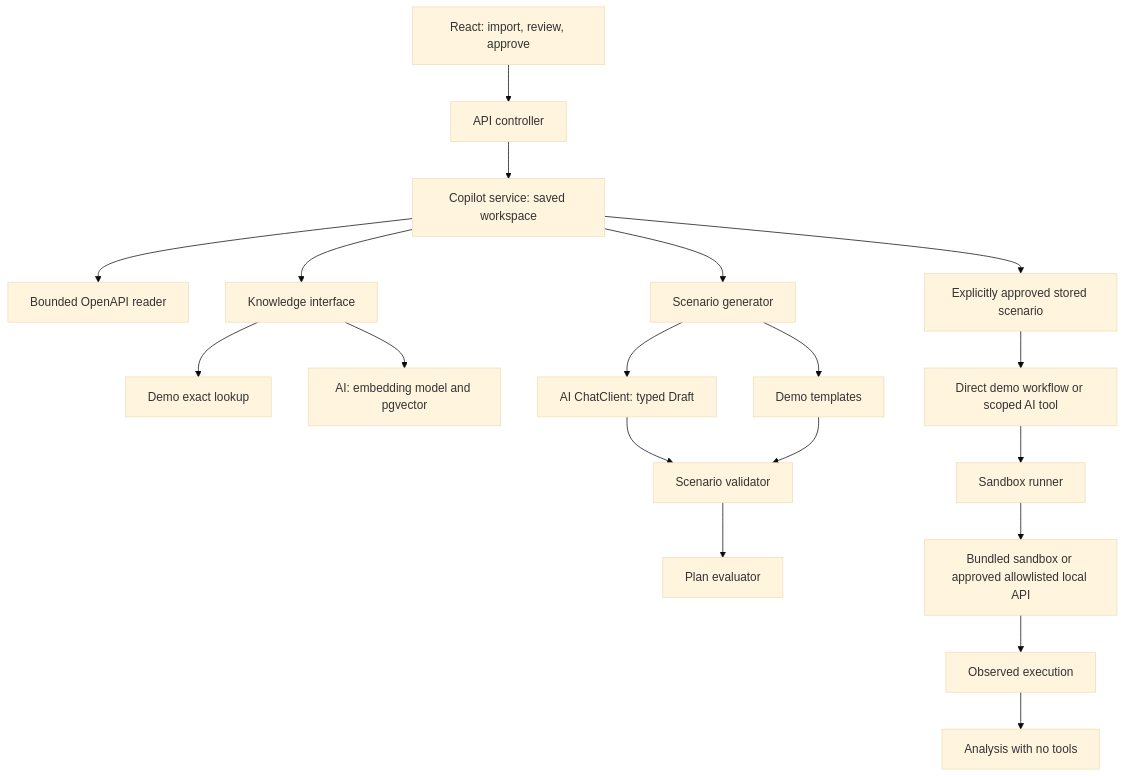
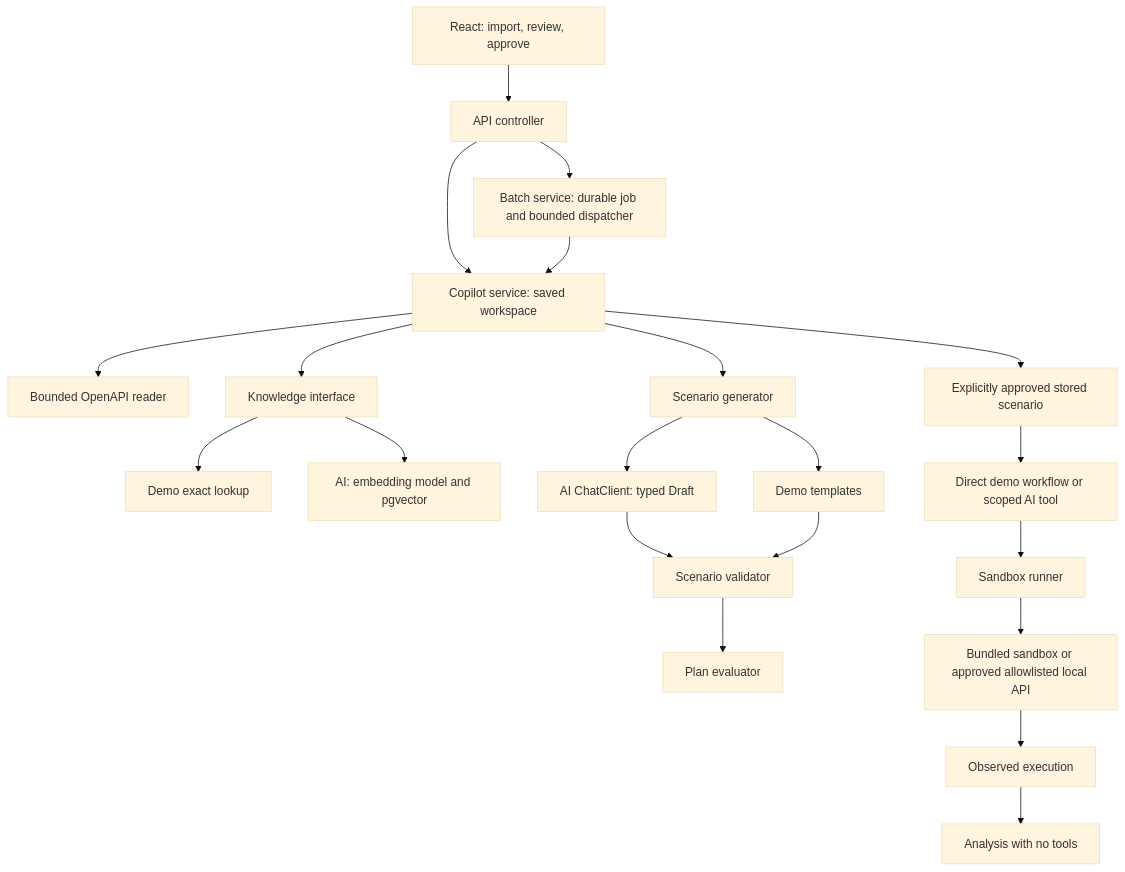
One commit to riisav147/api-testing-copilot changed the diagram in docs/ARCHITECTURE.md. Above: the diagram before and after it, drawn with Mermaid (base theme). The commit also changed other lines of this file and 6 other files, not shown here.

````diff
--- a/docs/ARCHITECTURE.md
+++ b/docs/ARCHITECTURE.md
@@ -3,21 +3,23 @@
 ```mermaid
 flowchart TD
     U[React: import, review, approve] --> C[API controller]
     C --> S[Copilot service: saved workspace]
+    C --> B[Batch service: durable job and bounded dispatcher]
+    B --> S
     S --> P[Bounded OpenAPI reader]
     S --> K[Knowledge interface]
     K --> D[Demo exact lookup]
     K --> V[AI: embedding model and pgvector]
     S --> G[Scenario generator]
     G --> T[Demo templates]
     G --> L[AI ChatClient: typed Draft]
     L --> Q[Scenario validator]
     T --> Q
     Q --> E[Plan evaluator]
     S --> A[Explicitly approved stored scenario]
     A --> W[Direct demo workflow or scoped AI tool]
     W --> R[Sandbox runner]
     R --> M[Bundled sandbox or approved allowlisted local API]
     M --> O[Observed execution]
     O --> F[Analysis with no tools]
 ```
````
